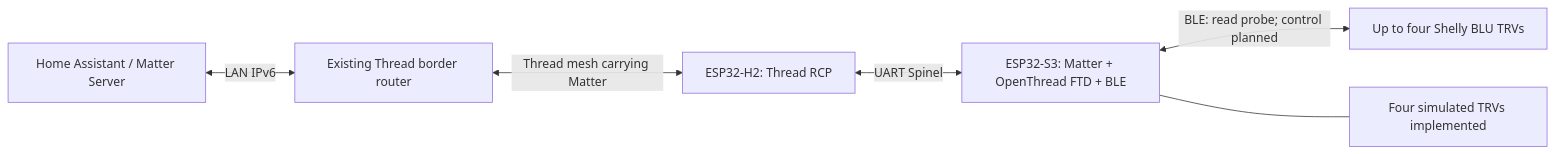
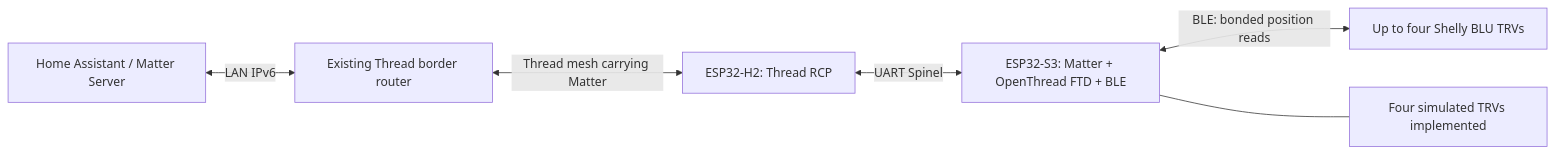
Before and after one commit to acuiuli/shelly-blu-matter-bridge: the diagram in README.md, drawn with Mermaid. The commit also changed other lines of this file and 18 other files, not shown here.

Commit message:
Publish bonded TRV position on its own Matter endpoint

````diff
--- a/README.md
+++ b/README.md
@@ -18,8 +18,8 @@
 ```mermaid
 flowchart LR
     HA[Home Assistant / Matter Server] <-->|LAN IPv6| BR[Existing Thread border router]
     BR <-->|Thread mesh carrying Matter| H2[ESP32-H2: Thread RCP]
     H2 <-->|UART Spinel| S3[ESP32-S3: Matter + OpenThread FTD + BLE]
-    S3 <-->|BLE: read probe; control planned| TRV[Up to four Shelly BLU TRVs]
+    S3 <-->|BLE: bonded position reads| TRV[Up to four Shelly BLU TRVs]
     S3 --- SIM[Four simulated TRVs implemented]
 ```
````
